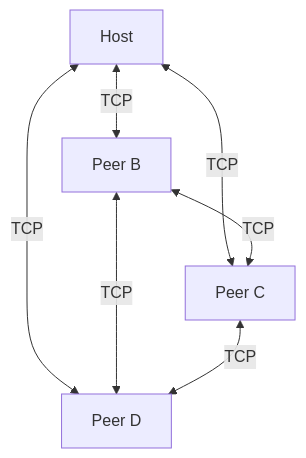
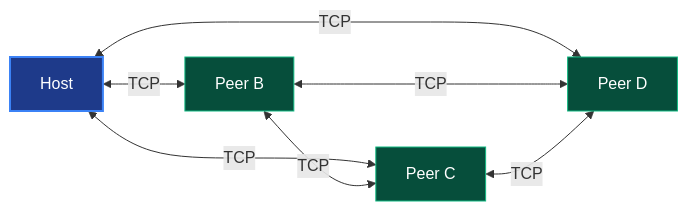
The second of 3 diagrams in docs/architecture.md (sophic00/peerwatch), drawn with Mermaid before and after one commit. The commit also changed 1 other file, not shown here.

Commit message:
chore: docs diagram update

````diff
--- a/docs/architecture.md
+++ b/docs/architecture.md
@@ -81,16 +81,15 @@
 ```mermaid id="p2n4qx"
-graph TD
-    A["Host"]
-    B["Peer B"]
-    C["Peer C"]
-    D["Peer D"]
+flowchart LR
+    Host["Host"] <-->|"TCP"| B["Peer B"]
+    Host <-->|"TCP"| C["Peer C"]
+    Host <-->|"TCP"| D["Peer D"]
+    
+    B <-->|"TCP"| C
+    B <-->|"TCP"| D
+    C <-->|"TCP"| D
 
-    A <-->|TCP| B
-    A <-->|TCP| C
-    A <-->|TCP| D
-
-    B <-->|TCP| C
-    B <-->|TCP| D
-
-    C <-->|TCP| D
+    classDef hostStyle fill:#1e3a8a,stroke:#3b82f6,stroke-width:2px,color:#fff;
+    classDef peerStyle fill:#064e3b,stroke:#10b981,stroke-width:1px,color:#fff;
+    class Host hostStyle;
+    class B,C,D peerStyle;
 ```
````
